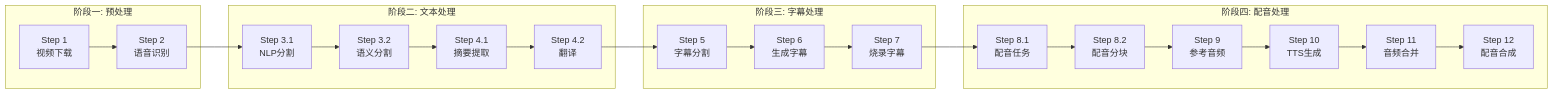
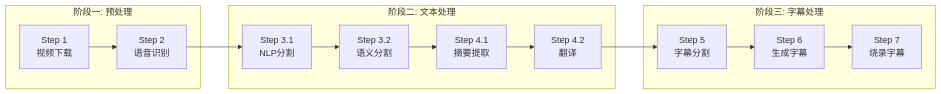
The fourth of 21 diagrams in docs/ARCHITECTURE.md (NuoManDai/VedioAITranslateSub), drawn with Mermaid before and after one commit. The commit also changed other lines of this file and 1 other file, not shown here.

````diff
--- a/docs/ARCHITECTURE.md
+++ b/docs/ARCHITECTURE.md
@@ -116,33 +326,23 @@
 ```mermaid
 flowchart LR
     subgraph Stage1["阶段一: 预处理"]
         S1["Step 1<br/>视频下载"]
         S2["Step 2<br/>语音识别"]
     end
     
     subgraph Stage2["阶段二: 文本处理"]
         S3_1["Step 3.1<br/>NLP分割"]
         S3_2["Step 3.2<br/>语义分割"]
         S4_1["Step 4.1<br/>摘要提取"]
         S4_2["Step 4.2<br/>翻译"]
     end
     
     subgraph Stage3["阶段三: 字幕处理"]
         S5["Step 5<br/>字幕分割"]
         S6["Step 6<br/>生成字幕"]
         S7["Step 7<br/>烧录字幕"]
     end
-    
-    subgraph Stage4["阶段四: 配音处理"]
-        S8_1["Step 8.1<br/>配音任务"]
-        S8_2["Step 8.2<br/>配音分块"]
-        S9["Step 9<br/>参考音频"]
-        S10["Step 10<br/>TTS生成"]
-        S11["Step 11<br/>音频合并"]
-        S12["Step 12<br/>配音合成"]
-    end
 
     S1 --> S2 --> S3_1 --> S3_2 --> S4_1 --> S4_2
     S4_2 --> S5 --> S6 --> S7
-    S7 --> S8_1 --> S8_2 --> S9 --> S10 --> S11 --> S12
 ```
````
